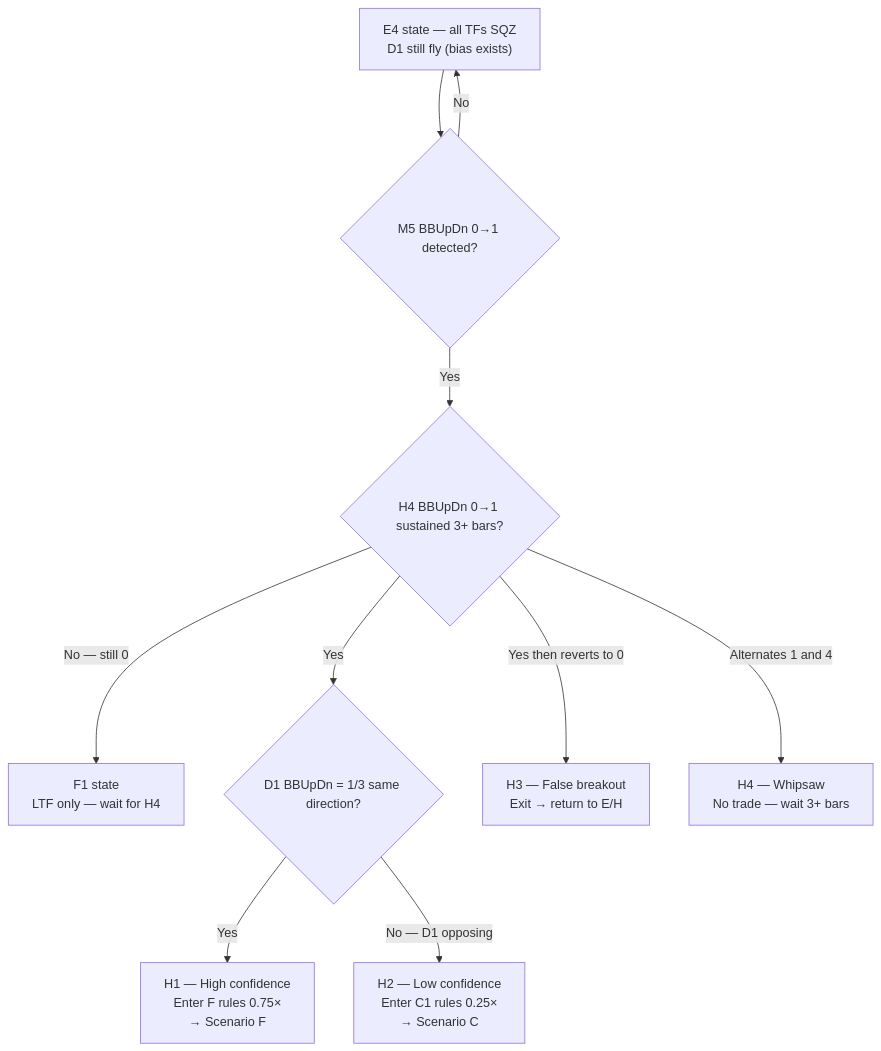
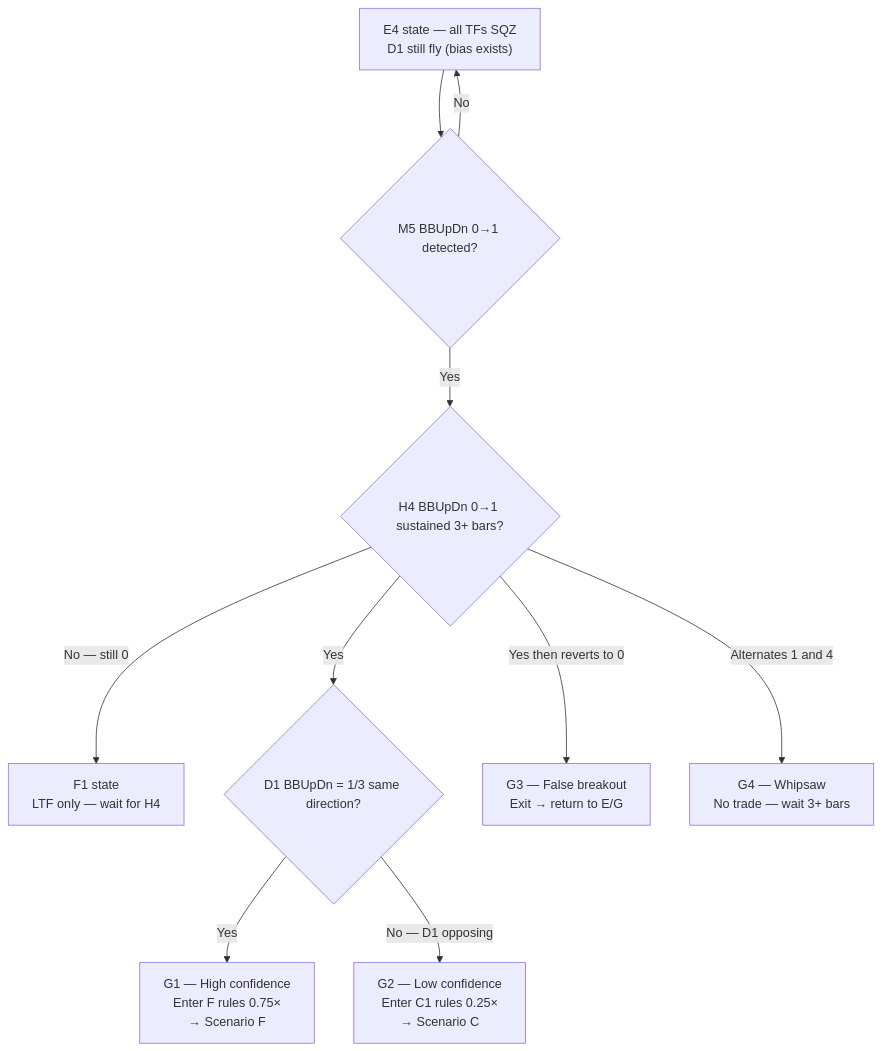
One commit to Terrypang89/BB_MTF_M15_STRATEGY changed diagram 25 of 25 in references/backtest_chart_analysis.md. Above: the diagram before and after it, drawn with Mermaid. The commit also changed other lines of this file, not shown here.

Commit message:
Rename Scenario H to Scenario G — align doc naming with harness/code (G1-G4), all sub-state content preserved, OOS-UNVALIDATED flags added

````diff
--- a/references/backtest_chart_analysis.md
+++ b/references/backtest_chart_analysis.md
@@ -3864,13 +3864,13 @@
 ```mermaid
 flowchart TD
     A["E4 state — all TFs SQZ\nD1 still fly (bias exists)"]
     A --> B{"M5 BBUpDn 0→1 detected?"}
     B -->|No| A
     B -->|Yes| C{"H4 BBUpDn 0→1 sustained 3+ bars?"}
     C -->|No — still 0| D["F1 state\nLTF only — wait for H4"]
     C -->|Yes| E{"D1 BBUpDn = 1/3 same direction?"}
-    E -->|Yes| F["H1 — High confidence\nEnter F rules 0.75×\n→ Scenario F"]
-    E -->|No — D1 opposing| G["H2 — Low confidence\nEnter C1 rules 0.25×\n→ Scenario C"]
-    C -->|Yes then reverts to 0| H["H3 — False breakout\nExit → return to E/H"]
-    C -->|Alternates 1 and 4| I["H4 — Whipsaw\nNo trade — wait 3+ bars"]
+    E -->|Yes| F["G1 — High confidence\nEnter F rules 0.75×\n→ Scenario F"]
+    E -->|No — D1 opposing| G_node["G2 — Low confidence\nEnter C1 rules 0.25×\n→ Scenario C"]
+    C -->|Yes then reverts to 0| H_node["G3 — False breakout\nExit → return to E/G"]
+    C -->|Alternates 1 and 4| I_node["G4 — Whipsaw\nNo trade — wait 3+ bars"]
 ```
````
